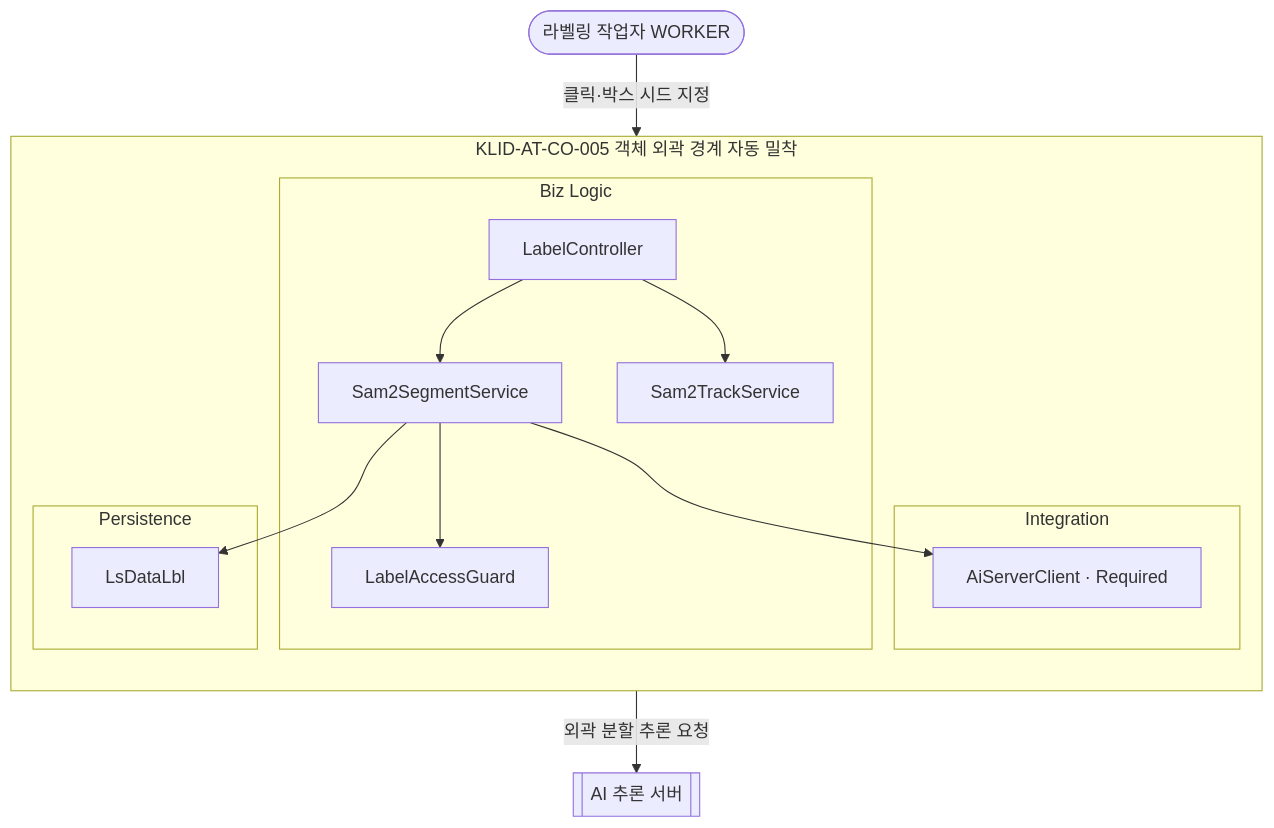
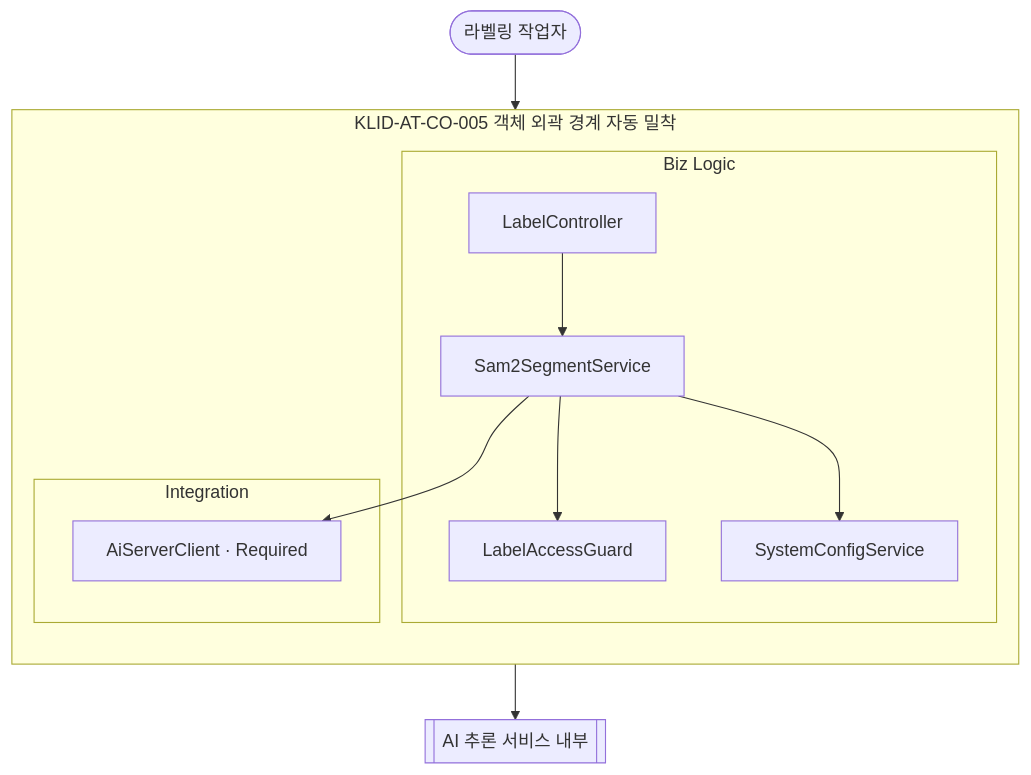
Before and after one commit to New-stella/klid-label: the fifth of 18 diagrams in docs/design/D3-컴포넌트설계서.md, drawn with Mermaid. The commit also changed other lines of this file and 7 other files, not shown here.

````diff
--- a/docs/design/D3-컴포넌트설계서.md
+++ b/docs/design/D3-컴포넌트설계서.md
@@ -165,27 +170,23 @@
 ```mermaid
 flowchart TD
-    WORKER([라벨링 작업자 WORKER])
-    AISVR[[AI 추론 서버]]
+    WORKER([라벨링 작업자])
+    AISVC[[AI 추론 서비스 내부]]
     subgraph CO005[KLID-AT-CO-005 객체 외곽 경계 자동 밀착]
         direction TB
         subgraph BIZ5[Biz Logic]
-            LC[LabelController]
+            LC5[LabelController]
             SSS[Sam2SegmentService]
-            STS[Sam2TrackService]
-            LAG[LabelAccessGuard]
+            LAG5[LabelAccessGuard]
+            SCS5[SystemConfigService]
         end
         subgraph INT5[Integration]
-            AISC[AiServerClient · Required]
+            ASC5[AiServerClient · Required]
         end
-        subgraph PER5[Persistence]
-            LDL[LsDataLbl]
-        end
-        LC --> SSS
-        SSS --> LAG
-        SSS --> AISC
-        SSS --> LDL
-        LC --> STS
+        LC5 --> SSS
+        SSS --> LAG5
+        SSS --> ASC5
+        SSS --> SCS5
     end
-    WORKER -->|클릭·박스 시드 지정| LC
-    AISC -->|외곽 분할 추론 요청| AISVR
+    WORKER --> LC5
+    ASC5 --> AISVC
 ```
````
